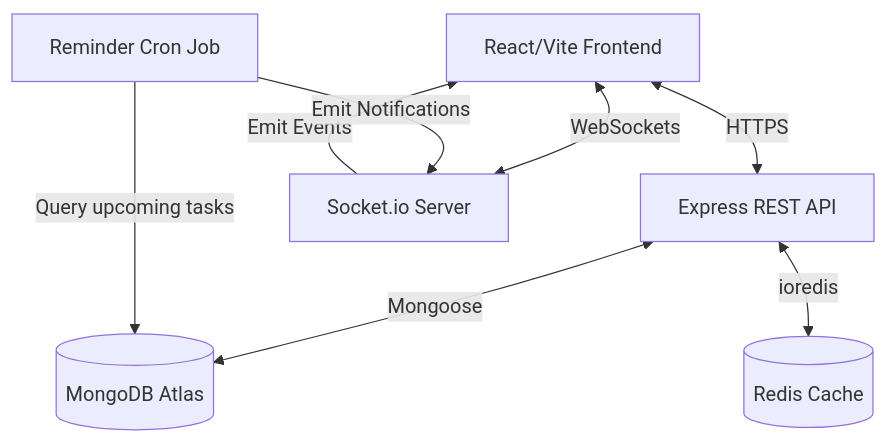
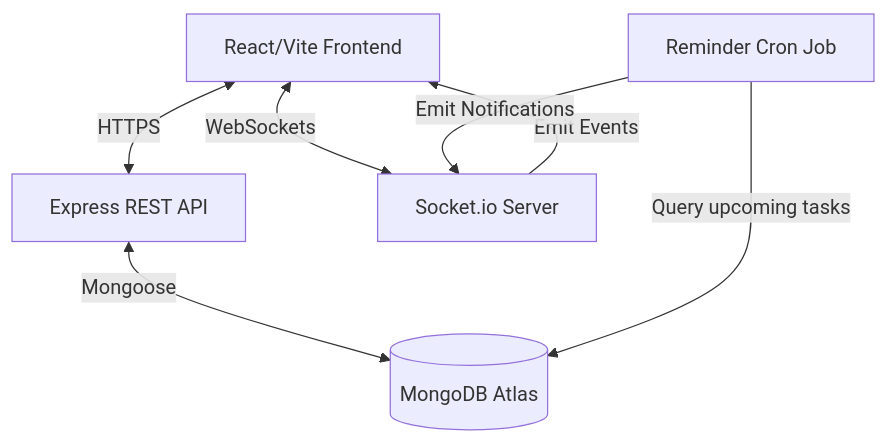
Before and after one commit to okaysuraj/Mandate: the diagram in docs/ARCHITECTURE.md, drawn with Mermaid. The commit also changed other lines of this file and 40 other files, not shown here.

````diff
--- a/docs/ARCHITECTURE.md
+++ b/docs/ARCHITECTURE.md
@@ -7,19 +7,17 @@
 ```mermaid
 graph TD
     Client[React/Vite Frontend]
     API[Express REST API]
     WSS[Socket.io Server]
     DB[(MongoDB Atlas)]
-    Cache[(Redis Cache)]
     Cron[Reminder Cron Job]
 
     Client <-->|HTTPS| API
     Client <-->|WebSockets| WSS
     
     API <-->|Mongoose| DB
-    API <-->|ioredis| Cache
     WSS -->|Emit Events| Client
     
     Cron -->|Query upcoming tasks| DB
     Cron -->|Emit Notifications| WSS
 ```
````
